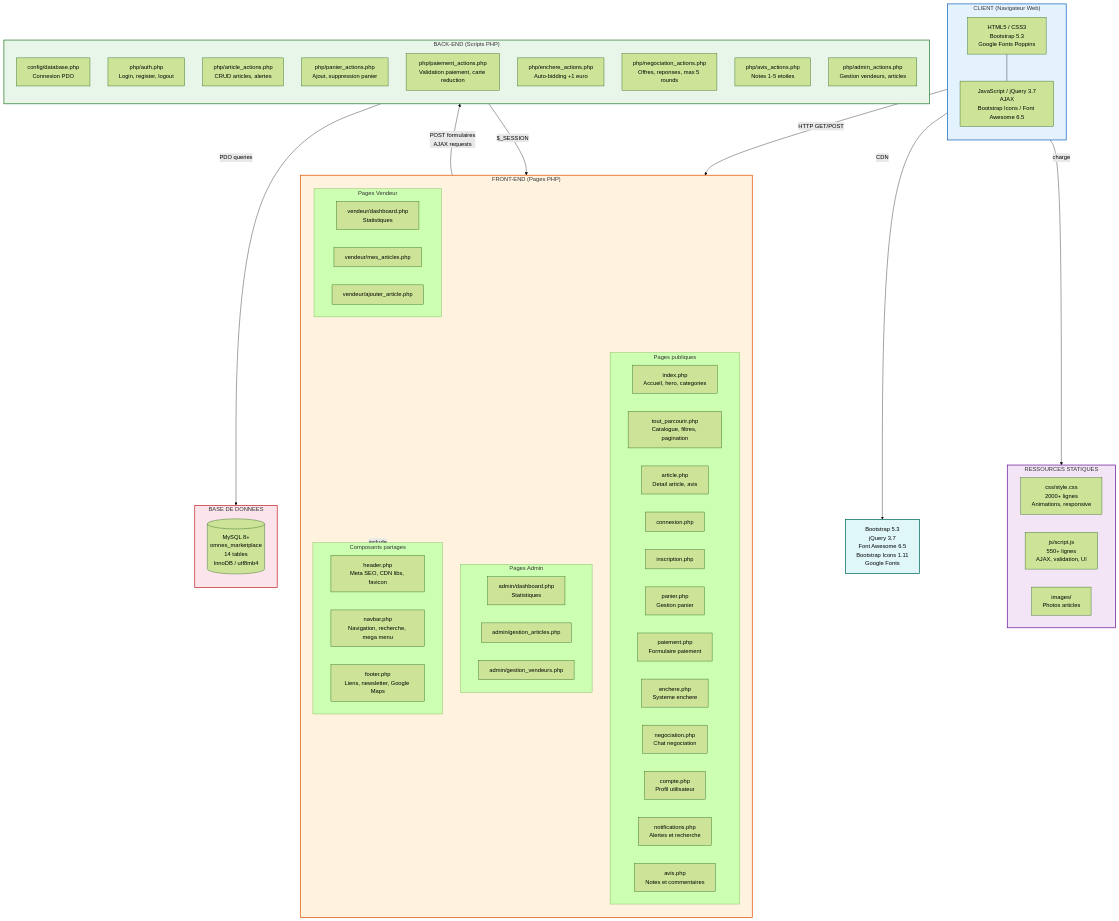
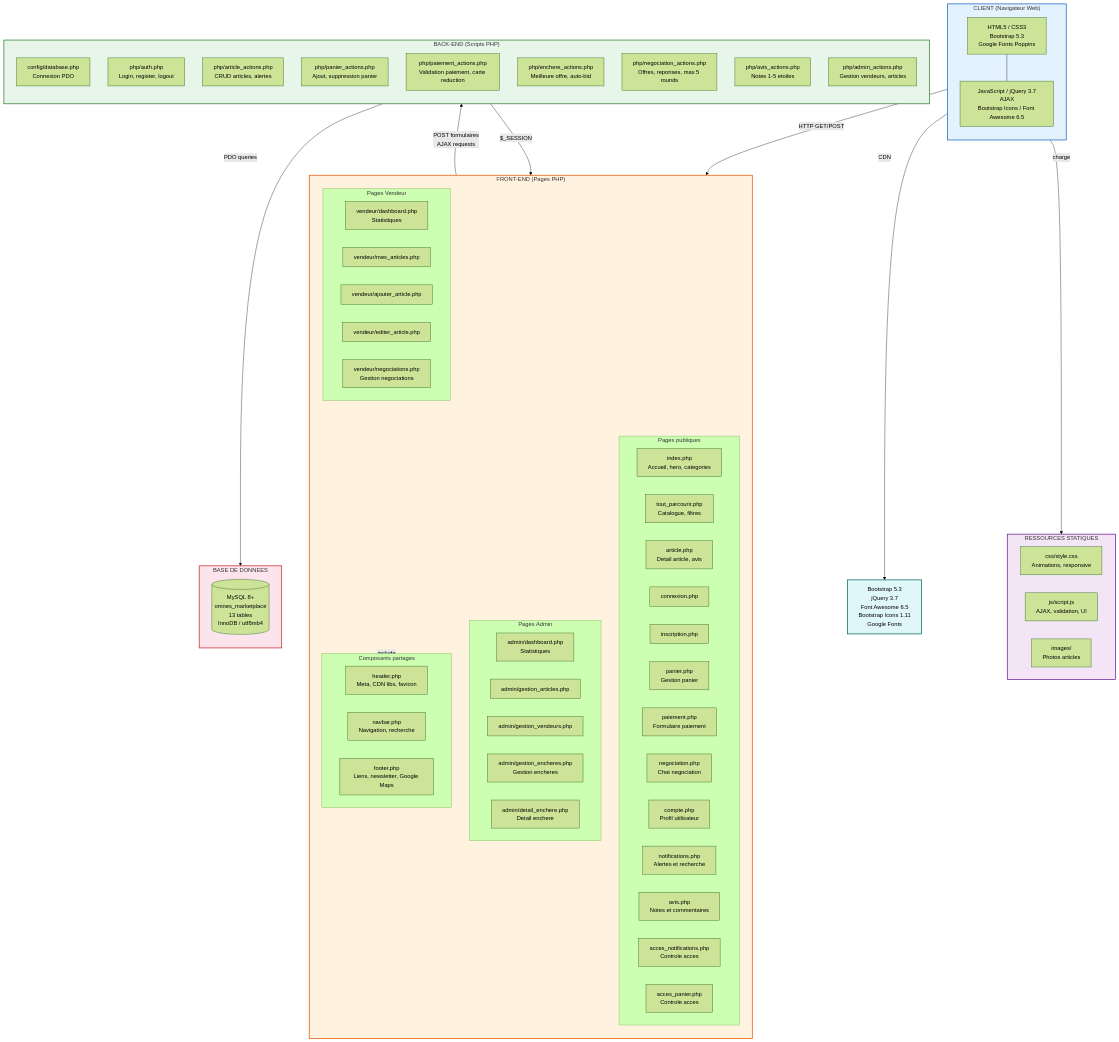
Before and after one commit to David-dsv/Omnes_Marketplace: the first of 4 diagrams in Maquette/architecture_systeme.md, drawn with Mermaid (forest theme). The commit also changed other lines of this file and 7 other files, not shown here.

First line of the commit message:
Ajout MailHog pour emails de confirmation + mise à jour maquettes BDD/architecture

```diff
--- a/Maquette/architecture_systeme.md
+++ b/Maquette/architecture_systeme.md
@@ -15,36 +15,41 @@
         direction TB
 
         subgraph SHARED["Composants partages"]
-            HEADER["header.php<br/>Meta SEO, CDN libs, favicon"]
-            NAVBAR["navbar.php<br/>Navigation, recherche, mega menu"]
+            HEADER["header.php<br/>Meta, CDN libs, favicon"]
+            NAVBAR["navbar.php<br/>Navigation, recherche"]
             FOOTER["footer.php<br/>Liens, newsletter, Google Maps"]
         end
 
         subgraph PAGES_PUB["Pages publiques"]
             INDEX["index.php<br/>Accueil, hero, categories"]
-            PARCOURIR["tout_parcourir.php<br/>Catalogue, filtres, pagination"]
+            PARCOURIR["tout_parcourir.php<br/>Catalogue, filtres"]
             ARTICLE["article.php<br/>Detail article, avis"]
             CONNEXION["connexion.php"]
             INSCRIPTION["inscription.php"]
             PANIER["panier.php<br/>Gestion panier"]
             PAIEMENT["paiement.php<br/>Formulaire paiement"]
-            ENCHERE["enchere.php<br/>Systeme enchere"]
             NEGOCIATION["negociation.php<br/>Chat negociation"]
             COMPTE["compte.php<br/>Profil utilisateur"]
             NOTIF["notifications.php<br/>Alertes et recherche"]
             AVIS_PAGE["avis.php<br/>Notes et commentaires"]
+            ACCES_NOTIF["acces_notifications.php<br/>Controle acces"]
+            ACCES_PANIER["acces_panier.php<br/>Controle acces"]
         end
 
         subgraph PAGES_ADMIN["Pages Admin"]
             ADMIN_DASH["admin/dashboard.php<br/>Statistiques"]
             ADMIN_ART["admin/gestion_articles.php"]
             ADMIN_VEND["admin/gestion_vendeurs.php"]
+            ADMIN_ENCH["admin/gestion_encheres.php<br/>Gestion encheres"]
+            ADMIN_DETAIL_ENCH["admin/detail_enchere.php<br/>Detail enchere"]
         end
 
         subgraph PAGES_VENDEUR["Pages Vendeur"]
             VEND_DASH["vendeur/dashboard.php<br/>Statistiques"]
             VEND_ART["vendeur/mes_articles.php"]
             VEND_ADD["vendeur/ajouter_article.php"]
+            VEND_EDIT["vendeur/editer_article.php"]
+            VEND_NEGO["vendeur/negociations.php<br/>Gestion negociations"]
         end
     end
 
@@ -55,7 +60,7 @@
         ART_ACT["php/article_actions.php<br/>CRUD articles, alertes"]
         PAN_ACT["php/panier_actions.php<br/>Ajout, suppression panier"]
         PAY_ACT["php/paiement_actions.php<br/>Validation paiement, carte reduction"]
-        ENCH_ACT["php/enchere_actions.php<br/>Auto-bidding +1 euro"]
+        ENCH_ACT["php/enchere_actions.php<br/>Meilleure offre, auto-bid"]
         NEGO_ACT["php/negociation_actions.php<br/>Offres, reponses, max 5 rounds"]
         AVIS_ACT["php/avis_actions.php<br/>Notes 1-5 etoiles"]
         ADM_ACT["php/admin_actions.php<br/>Gestion vendeurs, articles"]
@@ -63,13 +68,13 @@
 
     subgraph DATABASE["BASE DE DONNEES"]
         direction TB
-        MYSQL[("MySQL 8+<br/>omnes_marketplace<br/>14 tables<br/>InnoDB / utf8mb4")]
+        MYSQL[("MySQL 8+<br/>omnes_marketplace<br/>13 tables<br/>InnoDB / utf8mb4")]
     end
 
     subgraph ASSETS["RESSOURCES STATIQUES"]
         direction LR
-        CSS["css/style.css<br/>2000+ lignes<br/>Animations, responsive"]
-        SCRIPT["js/script.js<br/>550+ lignes<br/>AJAX, validation, UI"]
+        CSS["css/style.css<br/>Animations, responsive"]
+        SCRIPT["js/script.js<br/>AJAX, validation, UI"]
         IMAGES["images/<br/>Photos articles"]
     end
 
```
